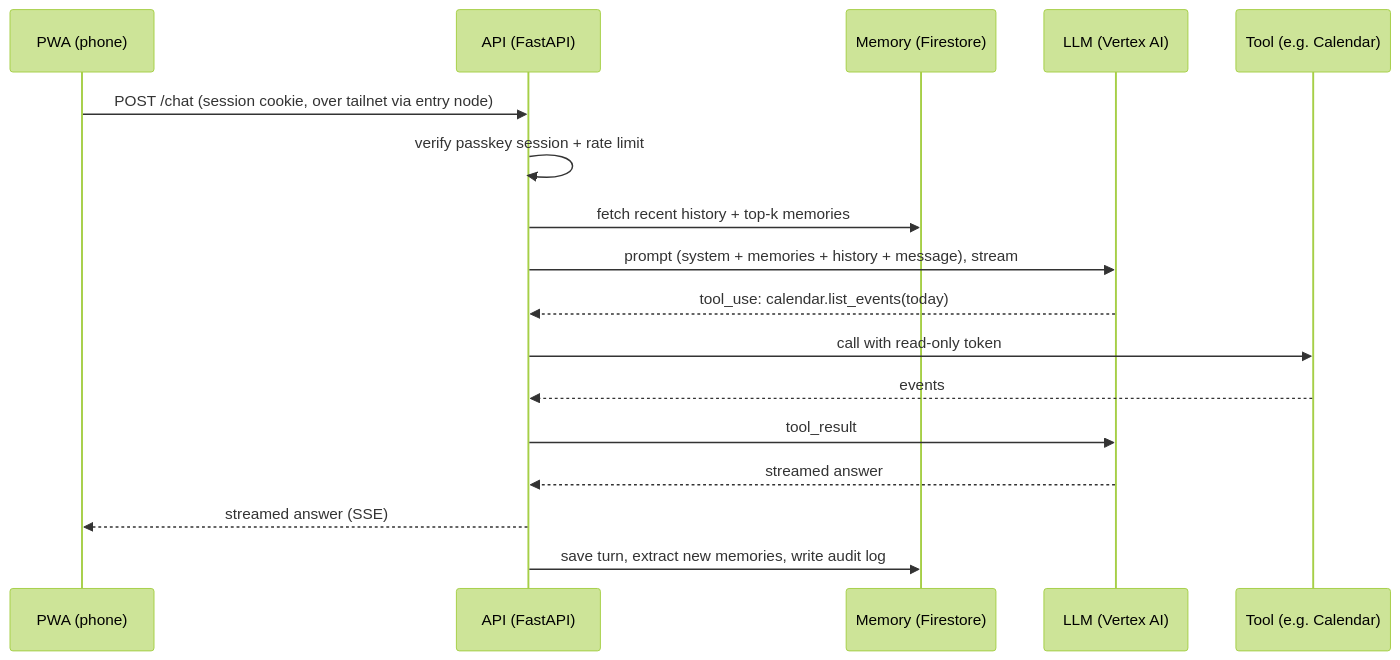
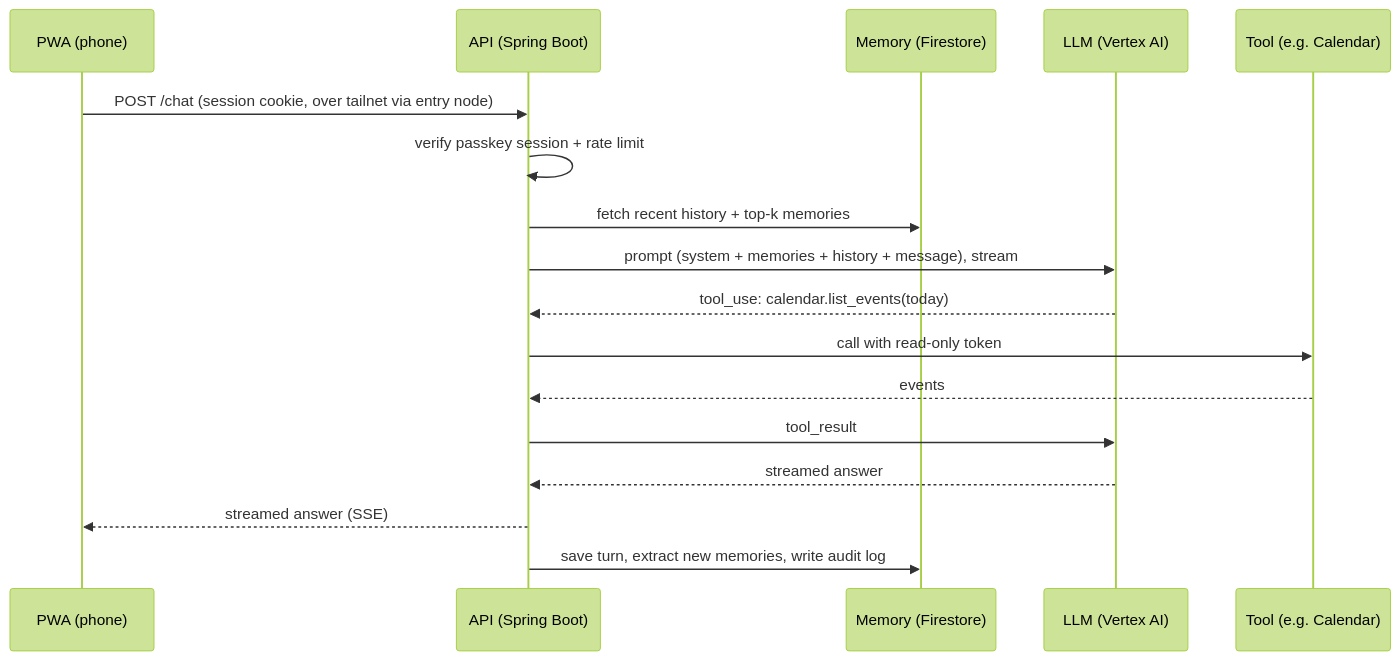
One commit to SharoffNIKHIL/Weekend2.0 changed the third of 5 diagrams in docs/DESIGN.md. Above: the diagram before and after it, drawn with Mermaid (forest theme). The commit also changed other lines of this file and 49 other files, not shown here.

````diff
--- a/docs/DESIGN.md
+++ b/docs/DESIGN.md
@@ -208,19 +209,19 @@
 ```mermaid
 sequenceDiagram
   participant P as PWA (phone)
-  participant A as API (FastAPI)
+  participant A as API (Spring Boot)
   participant M as Memory (Firestore)
   participant L as LLM (Vertex AI)
   participant T as Tool (e.g. Calendar)
   P->>A: POST /chat (session cookie, over tailnet via entry node)
   A->>A: verify passkey session + rate limit
   A->>M: fetch recent history + top-k memories
   A->>L: prompt (system + memories + history + message), stream
   L-->>A: tool_use: calendar.list_events(today)
   A->>T: call with read-only token
   T-->>A: events
   A->>L: tool_result
   L-->>A: streamed answer
   A-->>P: streamed answer (SSE)
   A->>M: save turn, extract new memories, write audit log
 ```
````
